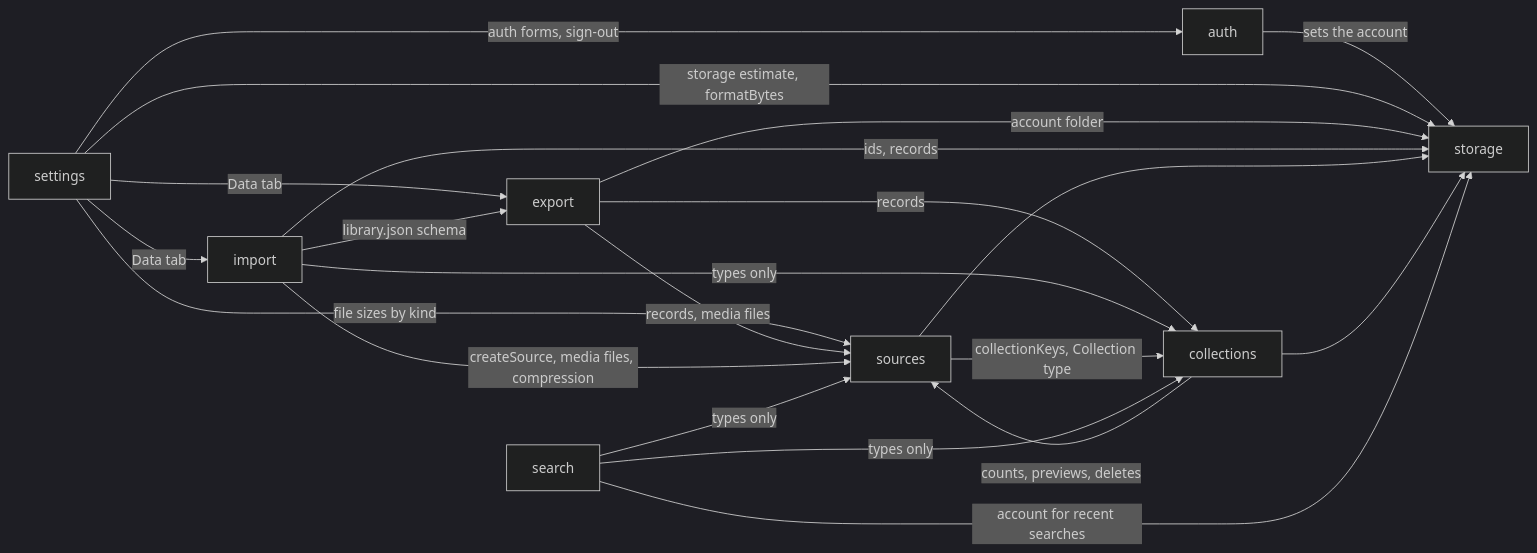
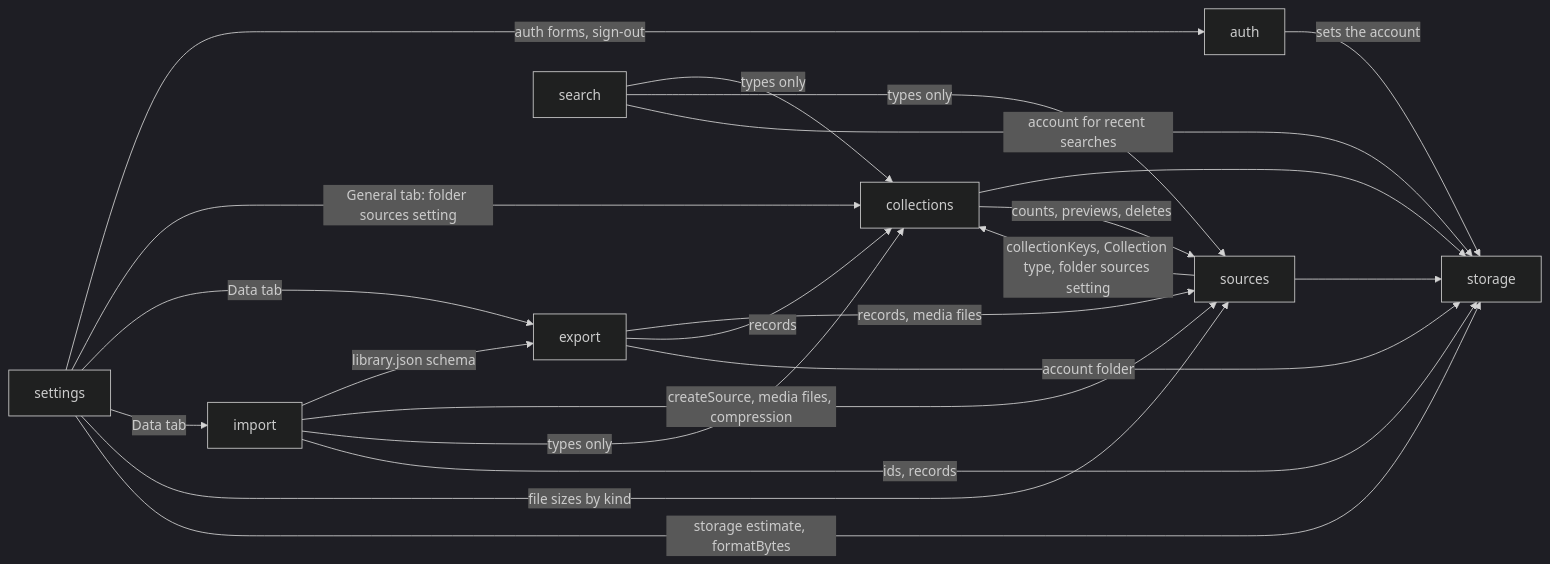
Before and after one commit to kun1225/mado: the diagram in apps/web/ARCHITECTURE.md, drawn with Mermaid (dark theme). The commit also changed other lines of this file and 18 other files, not shown here.

First line of the commit message:
feat: add a setting to hide folder sources in collections

````diff
--- a/apps/web/ARCHITECTURE.md
+++ b/apps/web/ARCHITECTURE.md
@@ -25,23 +25,24 @@
 ```mermaid
 graph LR
   auth -->|sets the account| storage
   settings -->|auth forms, sign-out| auth
+  settings -->|General tab: folder sources setting| collections
   settings -->|Data tab| export
   settings -->|Data tab| import
   settings -->|file sizes by kind| sources
   settings -->|storage estimate, formatBytes| storage
   export -->|records, media files| sources
   export -->|records| collections
   export -->|account folder| storage
   import -->|library.json schema| export
   import -->|createSource, media files, compression| sources
   import -->|types only| collections
   import -->|ids, records| storage
   sources --> storage
   collections --> storage
-  sources -->|collectionKeys, Collection type| collections
+  sources -->|collectionKeys, Collection type, folder sources setting| collections
   collections -->|counts, previews, deletes| sources
   search -->|types only| collections
   search -->|types only| sources
   search -->|account for recent searches| storage
 ```
````
